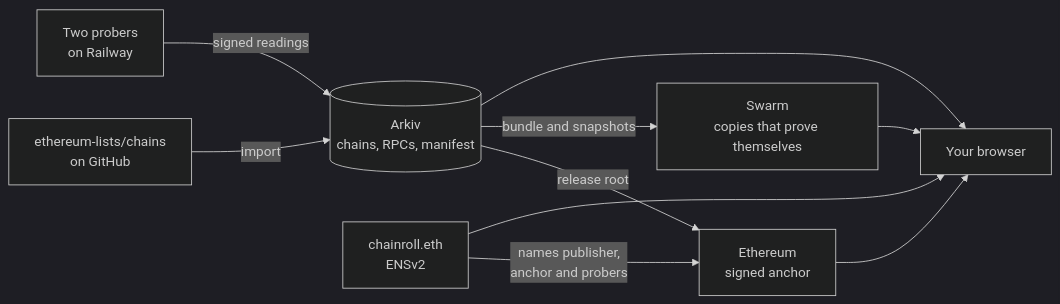
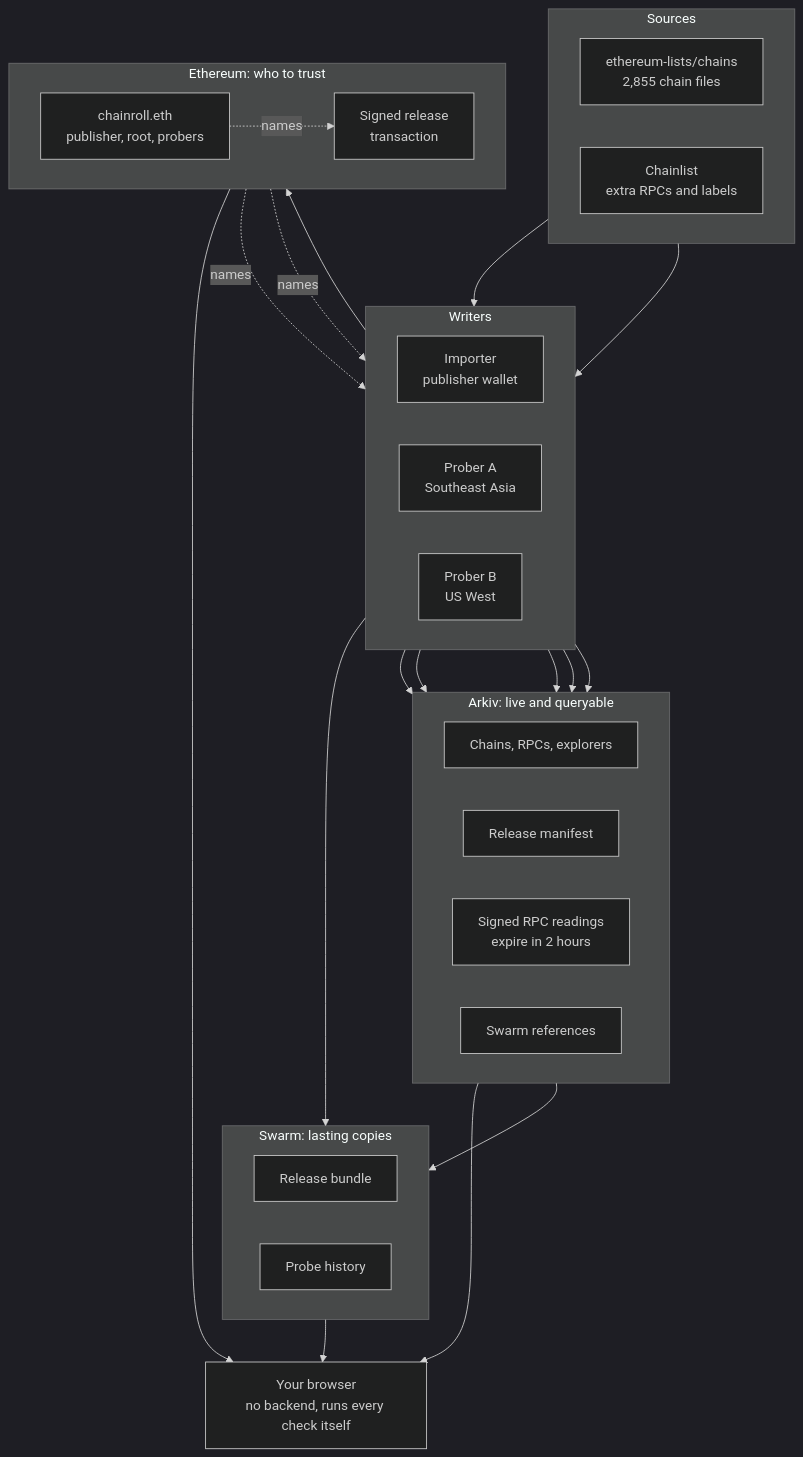
The first of 3 diagrams in README.md (soumyacodes007/chainkiv), drawn with Mermaid (dark theme) before and after one commit. The commit also changed other lines of this file and 1 other file, not shown here.

Commit message:
Docs: measure reach, show how to try it, and redraw the architecture

````diff
--- a/README.md
+++ b/README.md
@@ -23,12 +23,54 @@
 ```mermaid
-flowchart LR
-  GH["ethereum-lists/chains<br/>on GitHub"] -->|import| AR[("Arkiv<br/>chains, RPCs, manifest")]
-  AR -->|release root| ETH["Ethereum<br/>signed anchor"]
-  ENS["chainroll.eth<br/>ENSv2"] -->|names publisher,<br/>anchor and probers| ETH
-  PR["Two probers<br/>on Railway"] -->|signed readings| AR
-  AR -->|bundle and snapshots| SW["Swarm<br/>copies that prove themselves"]
-  AR --> APP["Your browser"]
-  ETH --> APP
-  ENS --> APP
-  SW --> APP
+flowchart TB
+  subgraph sources["Sources"]
+    direction LR
+    GH["ethereum-lists/chains<br/>2,855 chain files"]
+    CL["Chainlist<br/>extra RPCs and labels"]
+  end
+
+  subgraph writers["Writers"]
+    direction LR
+    IMP["Importer<br/>publisher wallet"]
+    PA["Prober A<br/>Southeast Asia"]
+    PB["Prober B<br/>US West"]
+  end
+
+  subgraph arkiv["Arkiv: live and queryable"]
+    direction LR
+    REC["Chains, RPCs, explorers"]
+    REL["Release manifest"]
+    HEALTH["Signed RPC readings<br/>expire in 2 hours"]
+    REF["Swarm references"]
+  end
+
+  subgraph trust["Ethereum: who to trust"]
+    direction LR
+    ENS["chainroll.eth<br/>publisher, root, probers"]
+    ANCHOR["Signed release<br/>transaction"]
+  end
+
+  subgraph swarm["Swarm: lasting copies"]
+    direction LR
+    BUNDLE["Release bundle"]
+    HISTORY["Probe history"]
+  end
+
+  APP["Your browser<br/>no backend, runs every check itself"]
+
+  GH --> IMP
+  CL --> IMP
+  IMP --> REC
+  IMP --> REL
+  IMP --> ANCHOR
+  IMP --> BUNDLE
+  IMP --> REF
+  PA --> HEALTH
+  PB --> HEALTH
+  HEALTH --> HISTORY
+  ENS -. names .-> ANCHOR
+  ENS -. names .-> PA
+  ENS -. names .-> PB
+  arkiv --> APP
+  trust --> APP
+  swarm --> APP
 ```
````
